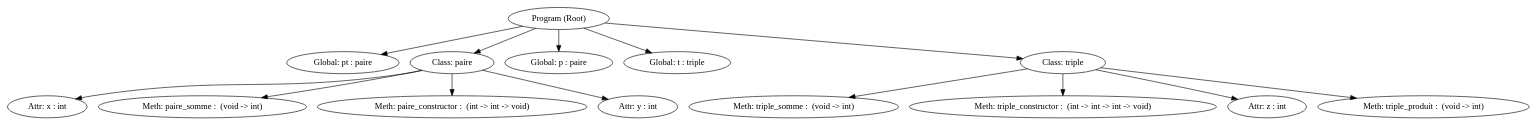
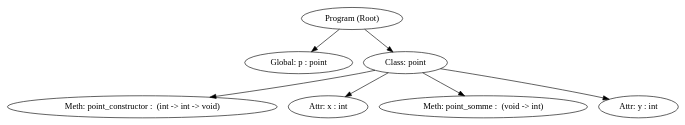
Before and after one commit to Raouf-Medj/kawa-interpreter: the diagram in graph.dot, drawn with Graphviz. The commit also changed 3 other files, not shown here.

```diff
--- a/graph.dot
+++ b/graph.dot
@@ -1,37 +1,20 @@
 digraph G {
-  "Global: pt : paire " [label="Global: pt : paire ", ];
-  "Meth: triple_somme :  (void -> int)" [label="Meth: triple_somme :  (void -> int)",
-                                         ];
-  "Class: paire " [label="Class: paire ", ];
-  "Global: p : paire " [label="Global: p : paire ", ];
+  "Meth: point_constructor :  (int -> int -> void)" [label="Meth: point_constructor :  (int -> int -> void)",
+                                                     ];
+  "Global: p : point " [label="Global: p : point ", ];
+  "Class: point " [label="Class: point ", ];
   "Program (Root)" [label="Program (Root)", ];
-  "Meth: triple_constructor :  (int -> int -> int -> void)" [label="Meth: triple_constructor :  (int -> int -> int -> void)",
-                                                             ];
   "Attr: x : int " [label="Attr: x : int ", ];
-  "Global: t : triple " [label="Global: t : triple ", ];
-  "Class: triple " [label="Class: triple ", ];
-  "Meth: paire_somme :  (void -> int)" [label="Meth: paire_somme :  (void -> int)",
+  "Meth: point_somme :  (void -> int)" [label="Meth: point_somme :  (void -> int)",
                                         ];
-  "Attr: z : int " [label="Attr: z : int ", ];
-  "Meth: triple_produit :  (void -> int)" [label="Meth: triple_produit :  (void -> int)",
-                                           ];
-  "Meth: paire_constructor :  (int -> int -> void)" [label="Meth: paire_constructor :  (int -> int -> void)",
-                                                     ];
   "Attr: y : int " [label="Attr: y : int ", ];
   
   
-  "Class: paire " -> "Attr: x : int ";
-  "Class: paire " -> "Attr: y : int ";
-  "Class: paire " -> "Meth: paire_constructor :  (int -> int -> void)";
-  "Class: paire " -> "Meth: paire_somme :  (void -> int)";
-  "Program (Root)" -> "Class: paire ";
-  "Program (Root)" -> "Class: triple ";
-  "Program (Root)" -> "Global: p : paire ";
-  "Program (Root)" -> "Global: pt : paire ";
-  "Program (Root)" -> "Global: t : triple ";
-  "Class: triple " -> "Attr: z : int ";
-  "Class: triple " -> "Meth: triple_constructor :  (int -> int -> int -> void)";
-  "Class: triple " -> "Meth: triple_produit :  (void -> int)";
-  "Class: triple " -> "Meth: triple_somme :  (void -> int)";
+  "Class: point " -> "Attr: x : int ";
+  "Class: point " -> "Attr: y : int ";
+  "Class: point " -> "Meth: point_constructor :  (int -> int -> void)";
+  "Class: point " -> "Meth: point_somme :  (void -> int)";
+  "Program (Root)" -> "Class: point ";
+  "Program (Root)" -> "Global: p : point ";
   
   }
```
